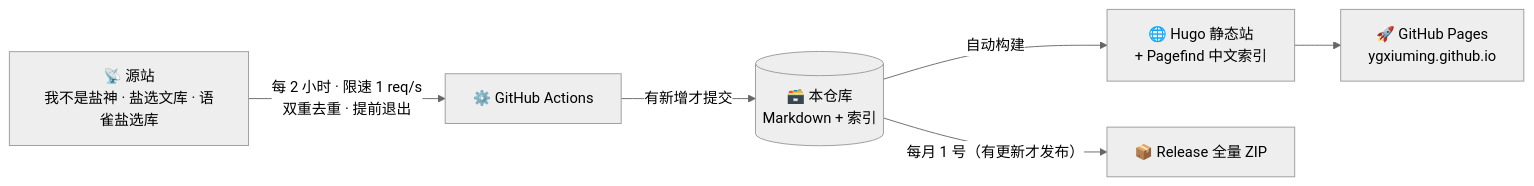
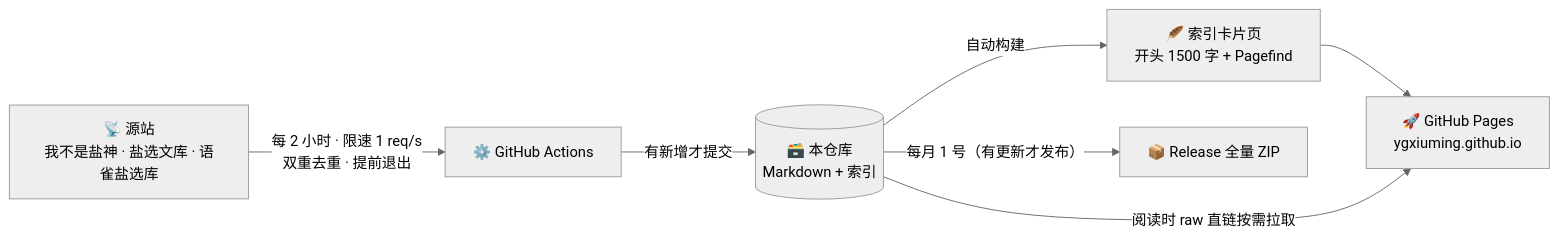
One commit to ygxiuming/Zhihu-Salt-Selected-Articles-Collection changed the diagram in README.md. Above: the diagram before and after it, drawn with Mermaid (neutral theme). The commit also changed other lines of this file and 106 other files, not shown here.

````diff
--- a/README.md
+++ b/README.md
@@ -69,8 +75,9 @@
 ```mermaid
 flowchart LR
     A["📡 源站<br/>我不是盐神 · 盐选文库 · 语雀盐选库"] -->|"每 2 小时 · 限速 1 req/s<br/>双重去重 · 提前退出"| B["⚙️ GitHub Actions"]
     B -->|"有新增才提交"| C[("🗃️ 本仓库<br/>Markdown + 索引")]
-    C -->|"自动构建"| D["🌐 Hugo 静态站<br/>+ Pagefind 中文索引"]
+    C -->|"自动构建"| D["🪶 索引卡片页<br/>开头 1500 字 + Pagefind"]
     D --> E["🚀 GitHub Pages<br/>ygxiuming.github.io"]
+    C -->|"阅读时 raw 直链按需拉取"| E
     C -->|"每月 1 号（有更新才发布）"| F["📦 Release 全量 ZIP"]
 ```
````
